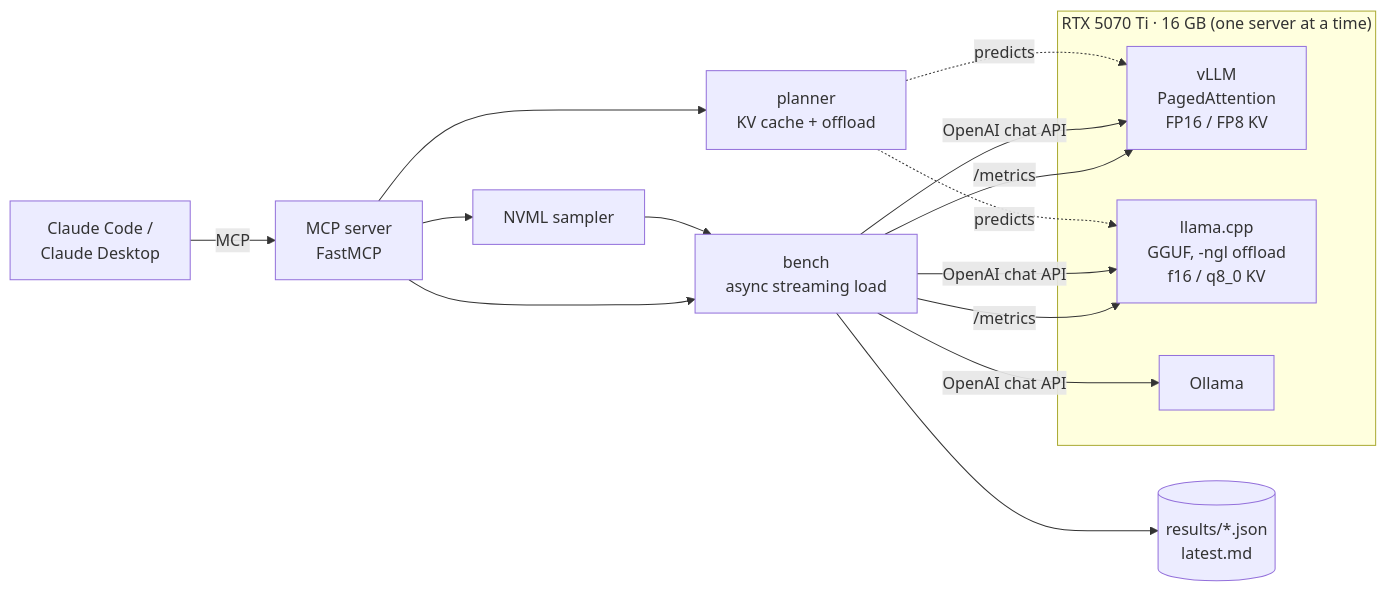
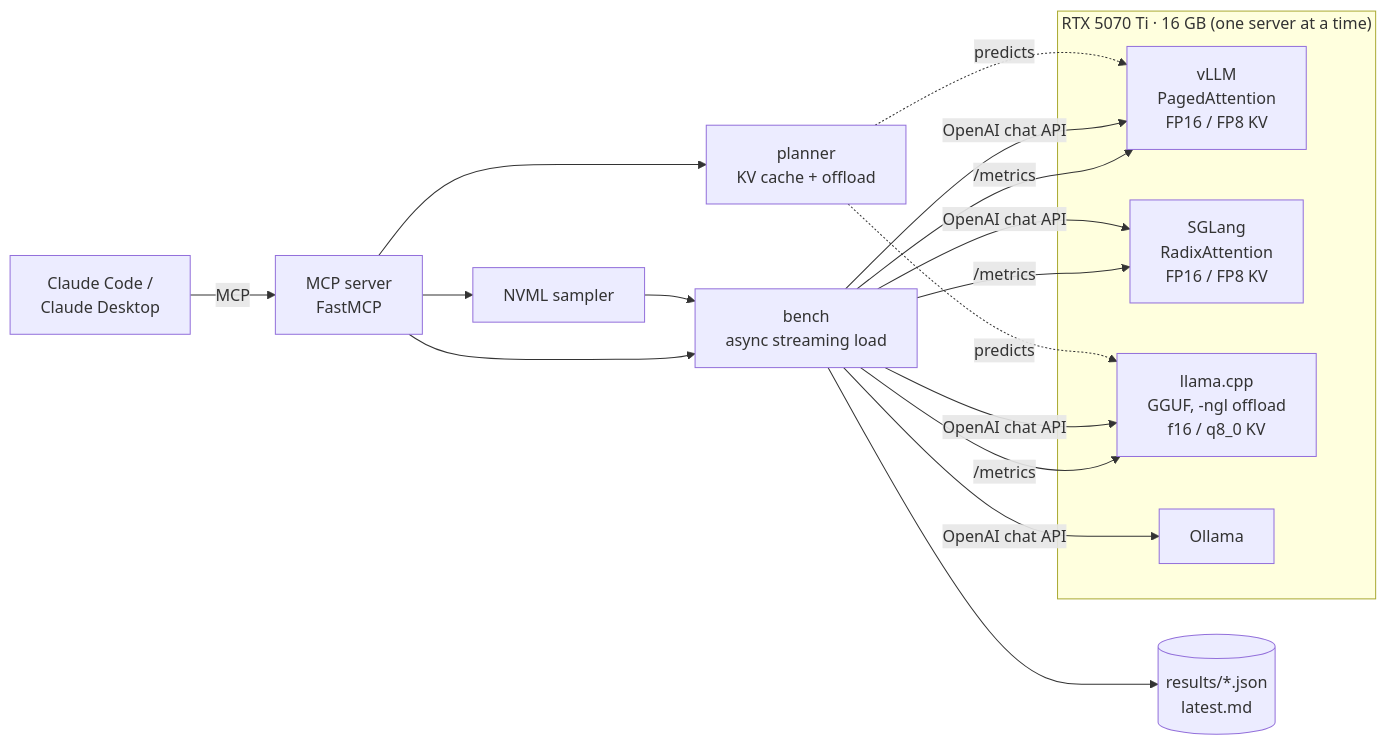
One commit to howardguoui/local-inference-lab changed the diagram in README.md. Above: the diagram before and after it, drawn with Mermaid. The commit also changed other lines of this file and 12 other files, not shown here.

First line of the commit message:
SGLang backend: fourth server profile with its Prometheus metrics

````diff
--- a/README.md
+++ b/README.md
@@ -22,15 +22,16 @@
 ```mermaid
 flowchart LR
     subgraph GPU["RTX 5070 Ti · 16 GB (one server at a time)"]
         V[vLLM<br/>PagedAttention<br/>FP16 / FP8 KV]
+        S[SGLang<br/>RadixAttention<br/>FP16 / FP8 KV]
         L[llama.cpp<br/>GGUF, -ngl offload<br/>f16 / q8_0 KV]
         O[Ollama]
     end
     P[planner<br/>KV cache + offload] -. predicts .-> V & L
-    B[bench<br/>async streaming load] -->|OpenAI chat API| V & L & O
-    B -->|/metrics| V & L
+    B[bench<br/>async streaming load] -->|OpenAI chat API| V & S & L & O
+    B -->|/metrics| V & S & L
     N[NVML sampler] --> B
     B --> R[(results/*.json<br/>latest.md)]
     M[MCP server<br/>FastMCP] --> P & B & N
     A[Claude Code /<br/>Claude Desktop] -->|MCP| M
 ```
````
